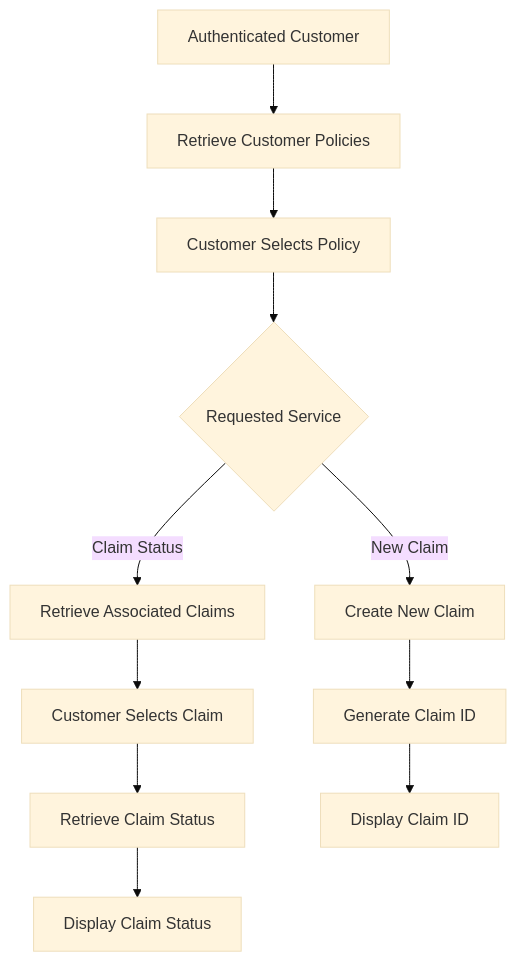
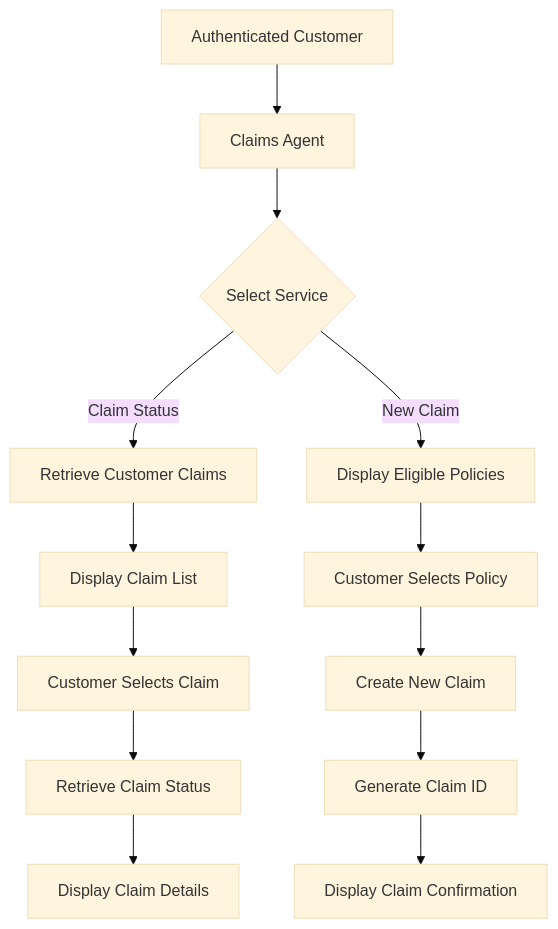
Before and after one commit to sanskriti-s407/insurance-voice-agent: the diagram in docs/07_conversation_flows.md, drawn with Mermaid (base theme). The commit also changed other lines of this file, not shown here.

````diff
--- a/docs/07_conversation_flows.md
+++ b/docs/07_conversation_flows.md
@@ -95,17 +1,20 @@
 ```mermaid
 flowchart TD
 
-A[Authenticated Customer] --> B[Retrieve Customer Policies]
-B --> C[Customer Selects Policy]
+A[Authenticated Customer]
+A --> B[Claims Agent]
 
-C --> D{Requested Service}
+B --> C{Select Service}
 
-D -->|Claim Status| E[Retrieve Associated Claims]
+C -->|Claim Status| D[Retrieve Customer Claims]
+D --> E[Display Claim List]
 E --> F[Customer Selects Claim]
 F --> G[Retrieve Claim Status]
-G --> H[Display Claim Status]
+G --> H[Display Claim Details]
 
-D -->|New Claim| I[Create New Claim]
-I --> J[Generate Claim ID]
-J --> K[Display Claim ID]
+C -->|New Claim| I[Display Eligible Policies]
+I --> J[Customer Selects Policy]
+J --> K[Create New Claim]
+K --> L[Generate Claim ID]
+L --> M[Display Claim Confirmation]
 ```
````
